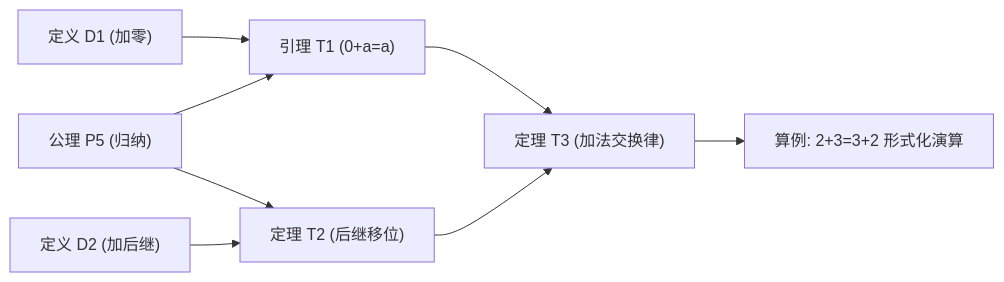
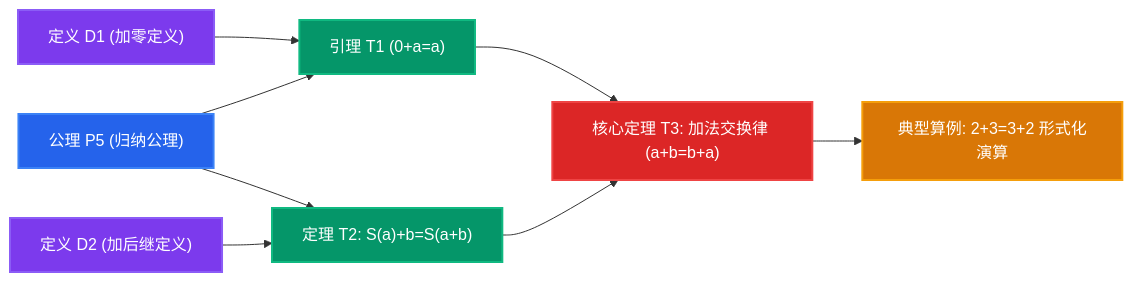
Before and after one commit to theordinary0x/Mathmind: the diagram in README.md, drawn with Mermaid. The commit also changed other lines of this file, not shown here.

````diff
--- a/README.md
+++ b/README.md
@@ -30,10 +59,18 @@
 ```mermaid
 flowchart LR
-    P5["公理 P5 (归纳)"] --> T1["引理 T1 (0+a=a)"]
-    D1["定义 D1 (加零)"] --> T1
-    D2["定义 D2 (加后继)"] --> T2["定理 T2 (后继移位)"]
+    P5["公理 P5 (归纳公理)"] --> T1["引理 T1 (0+a=a)"]
+    D1["定义 D1 (加零定义)"] --> T1
+    D2["定义 D2 (加后继定义)"] --> T2["定理 T2: S(a)+b=S(a+b)"]
     P5 --> T2
-    T1 --> T3["定理 T3 (加法交换律)"]
+    T1 --> T3["核心定理 T3: 加法交换律 (a+b=b+a)"]
     T2 --> T3
-    T3 --> EX["算例: 2+3=3+2 形式化演算"]
+    T3 --> EX["典型算例: 2+3=3+2 形式化演算"]
+
+    style P5 fill:#2563EB,stroke:#3B82F6,stroke-width:2px,color:#fff
+    style D1 fill:#7C3AED,stroke:#8B5CF6,stroke-width:2px,color:#fff
+    style D2 fill:#7C3AED,stroke:#8B5CF6,stroke-width:2px,color:#fff
+    style T1 fill:#059669,stroke:#10B981,stroke-width:2px,color:#fff
+    style T2 fill:#059669,stroke:#10B981,stroke-width:2px,color:#fff
+    style T3 fill:#DC2626,stroke:#EF4444,stroke-width:2px,color:#fff
+    style EX fill:#D97706,stroke:#F59E0B,stroke-width:2px,color:#fff
 ```
````
